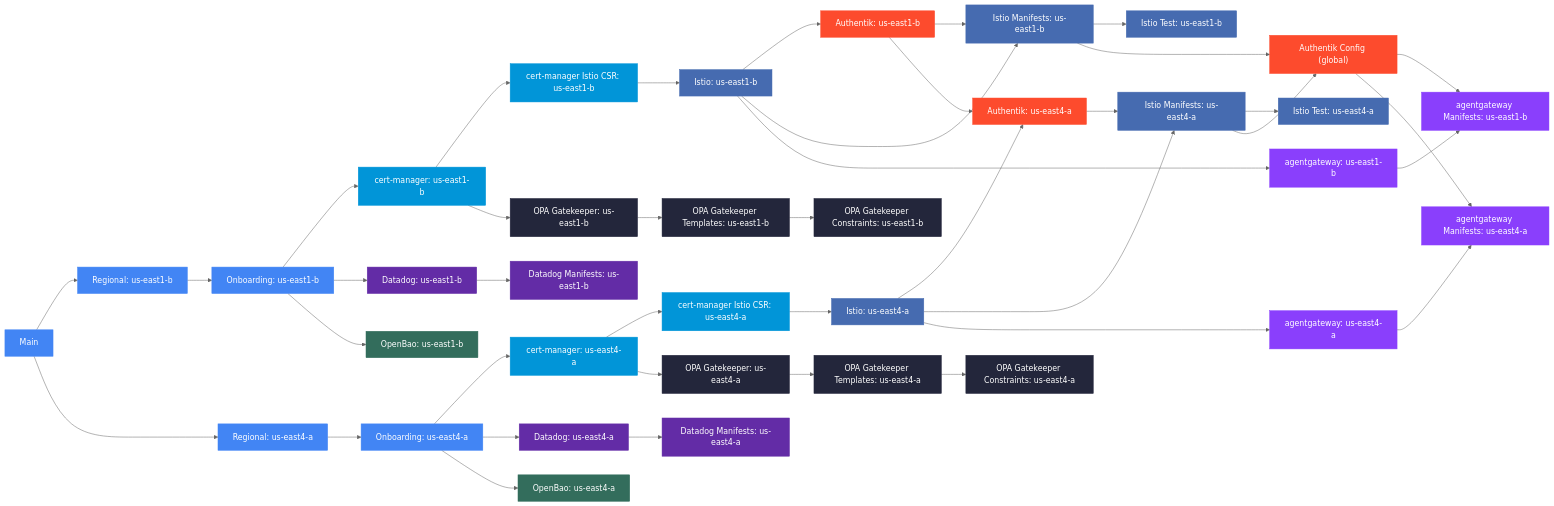
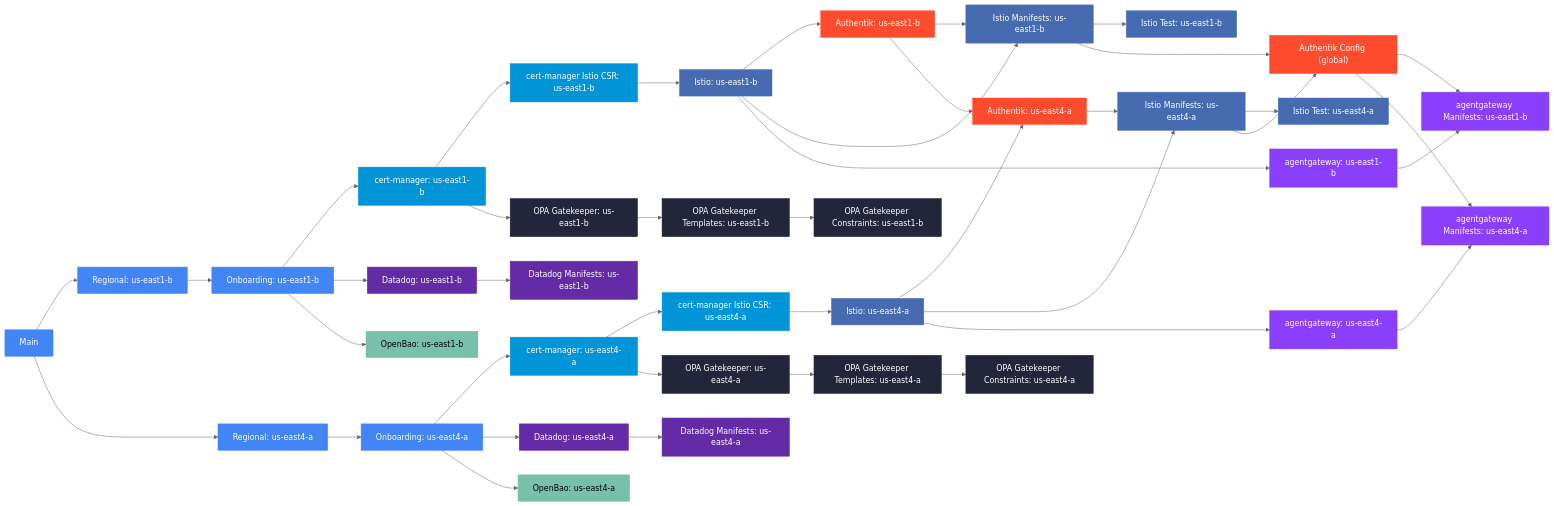
One commit to osinfra-io/pt-pneuma changed the diagram in README.md. Above: the diagram before and after it, drawn with Mermaid (neutral theme).

Commit message:
Use OpenBao dark mode green in dependency graph

````diff
--- a/README.md
+++ b/README.md
@@ -42,55 +42,55 @@
 ```mermaid
 flowchart LR
     classDef gke fill:#4285F4,stroke:#4285F4,color:#fff
     classDef certmanager fill:#0195D8,stroke:#0195D8,color:#fff
     classDef istio fill:#466BB0,stroke:#466BB0,color:#fff
     classDef datadog fill:#632CA6,stroke:#632CA6,color:#fff
     classDef opa fill:#23263B,stroke:#23263B,color:#fff
     classDef authentik fill:#FD4B2D,stroke:#FD4B2D,color:#fff
     classDef agentgateway fill:#8A3FFC,stroke:#8A3FFC,color:#fff
-    classDef openbao fill:#336D5C,stroke:#336D5C,color:#fff
+    classDef openbao fill:#79C0AB,stroke:#79C0AB,color:#000
 
     main["Main"]:::gke
 
     main --> z1_regional["Regional: us-east1-b"]:::gke
     z1_regional --> z1_onboarding["Onboarding: us-east1-b"]:::gke
     z1_onboarding --> z1_cert_manager["cert-manager: us-east1-b"]:::certmanager
     z1_onboarding --> z1_datadog["Datadog: us-east1-b"]:::datadog
     z1_onboarding --> z1_openbao["OpenBao: us-east1-b"]:::openbao
     z1_cert_manager --> z1_cert_manager_istio_csr["cert-manager Istio CSR: us-east1-b"]:::certmanager
     z1_cert_manager --> z1_opa_gatekeeper["OPA Gatekeeper: us-east1-b"]:::opa
     z1_cert_manager_istio_csr --> z1_istio["Istio: us-east1-b"]:::istio
     z1_istio --> z1_authentik["Authentik: us-east1-b"]:::authentik
     z1_istio --> z1_istio_manifests["Istio Manifests: us-east1-b"]:::istio
     z1_authentik --> z1_istio_manifests
     z1_istio_manifests --> z1_istio_test["Istio Test: us-east1-b"]:::istio
     z1_istio --> z1_agentgateway["agentgateway: us-east1-b"]:::agentgateway
     z1_agentgateway --> z1_agentgateway_manifests["agentgateway Manifests: us-east1-b"]:::agentgateway
     authentik_config --> z1_agentgateway_manifests
     z1_datadog --> z1_datadog_manifests["Datadog Manifests: us-east1-b"]:::datadog
     z1_opa_gatekeeper --> z1_opa_templates["OPA Gatekeeper Templates: us-east1-b"]:::opa
     z1_opa_templates --> z1_opa_constraints["OPA Gatekeeper Constraints: us-east1-b"]:::opa
 
     main --> z2_regional["Regional: us-east4-a"]:::gke
     z2_regional --> z2_onboarding["Onboarding: us-east4-a"]:::gke
     z2_onboarding --> z2_cert_manager["cert-manager: us-east4-a"]:::certmanager
     z2_onboarding --> z2_datadog["Datadog: us-east4-a"]:::datadog
     z2_onboarding --> z2_openbao["OpenBao: us-east4-a"]:::openbao
     z2_cert_manager --> z2_cert_manager_istio_csr["cert-manager Istio CSR: us-east4-a"]:::certmanager
     z2_cert_manager --> z2_opa_gatekeeper["OPA Gatekeeper: us-east4-a"]:::opa
     z2_cert_manager_istio_csr --> z2_istio["Istio: us-east4-a"]:::istio
     z1_authentik --> z2_authentik["Authentik: us-east4-a"]:::authentik
     z2_istio --> z2_authentik
     z2_istio --> z2_istio_manifests["Istio Manifests: us-east4-a"]:::istio
     z2_authentik --> z2_istio_manifests
     z2_istio_manifests --> z2_istio_test["Istio Test: us-east4-a"]:::istio
     z2_istio --> z2_agentgateway["agentgateway: us-east4-a"]:::agentgateway
     z2_agentgateway --> z2_agentgateway_manifests["agentgateway Manifests: us-east4-a"]:::agentgateway
     authentik_config --> z2_agentgateway_manifests
     z2_datadog --> z2_datadog_manifests["Datadog Manifests: us-east4-a"]:::datadog
     z2_opa_gatekeeper --> z2_opa_templates["OPA Gatekeeper Templates: us-east4-a"]:::opa
     z2_opa_templates --> z2_opa_constraints["OPA Gatekeeper Constraints: us-east4-a"]:::opa
 
     z1_istio_manifests --> authentik_config["Authentik Config (global)"]:::authentik
     z2_istio_manifests --> authentik_config
 ```
````
